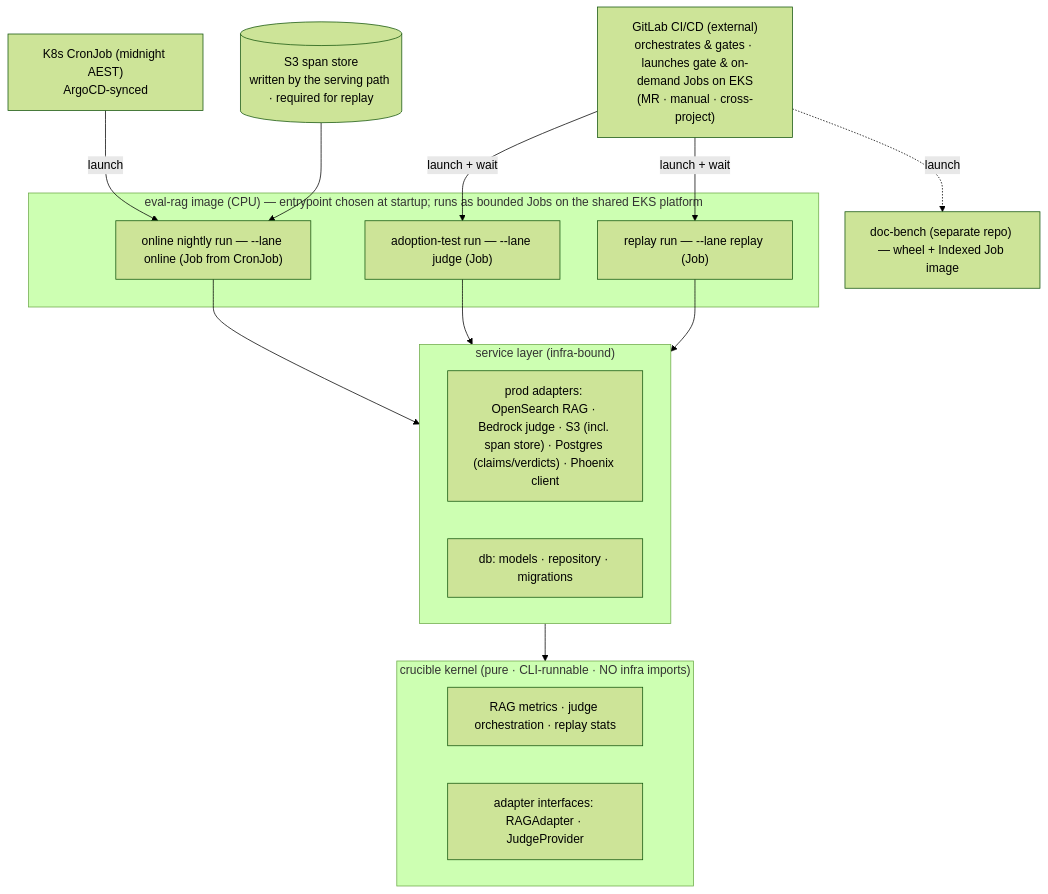
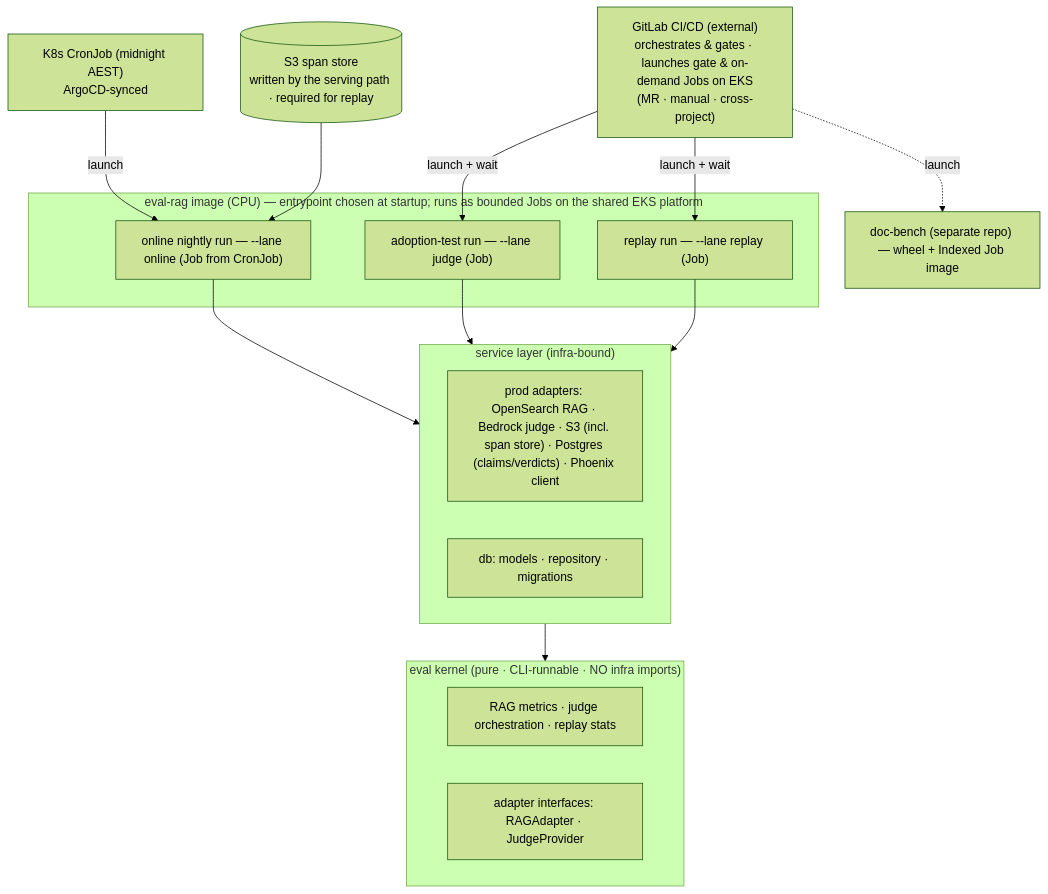
One commit to anguyenbus/crucible changed the diagram in docs/eval_final/design_part_1.md. Above: the diagram before and after it, drawn with Mermaid (forest theme). The commit also changed other lines of this file and 33 other files, not shown here.

````diff
--- a/docs/eval_final/design_part_1.md
+++ b/docs/eval_final/design_part_1.md
@@ -11,27 +11,27 @@
 ```mermaid
 flowchart TB
     GL["GitLab CI/CD (external)<br/>orchestrates &amp; gates · launches gate &amp; on-demand Jobs on EKS<br/>(MR · manual · cross-project)"]
     CRON["K8s CronJob (midnight AEST)<br/>ArgoCD-synced"]
     STORE[("S3 span store<br/>written by the serving path · required for replay")]
     subgraph IMG["eval-rag image (CPU) — entrypoint chosen at startup; runs as bounded Jobs on the shared EKS platform"]
         ON["online nightly run — --lane online (Job from CronJob)"]
         H2["adoption-test run — --lane judge (Job)"]
         RP["replay run — --lane replay (Job)"]
     end
-    subgraph KERNEL["crucible kernel (pure · CLI-runnable · NO infra imports)"]
+    subgraph KERNEL["eval kernel (pure · CLI-runnable · NO infra imports)"]
         MET["RAG metrics · judge orchestration · replay stats"]
         IFACE["adapter interfaces: RAGAdapter · JudgeProvider"]
     end
     subgraph SVC["service layer (infra-bound)"]
         ADAPT["prod adapters: OpenSearch RAG · Bedrock judge · S3 (incl. span store) · Postgres (claims/verdicts) · Phoenix client"]
         DB["db: models · repository · migrations"]
     end
     GL -->|launch + wait| H2 & RP
     CRON -->|launch| ON
     GL -.launch.-> DBJOB["doc-bench (separate repo) — wheel + Indexed Job image"]
     STORE --> ON
     ON --> SVC
     H2 --> SVC
     RP --> SVC
     SVC --> KERNEL
 ```
````
